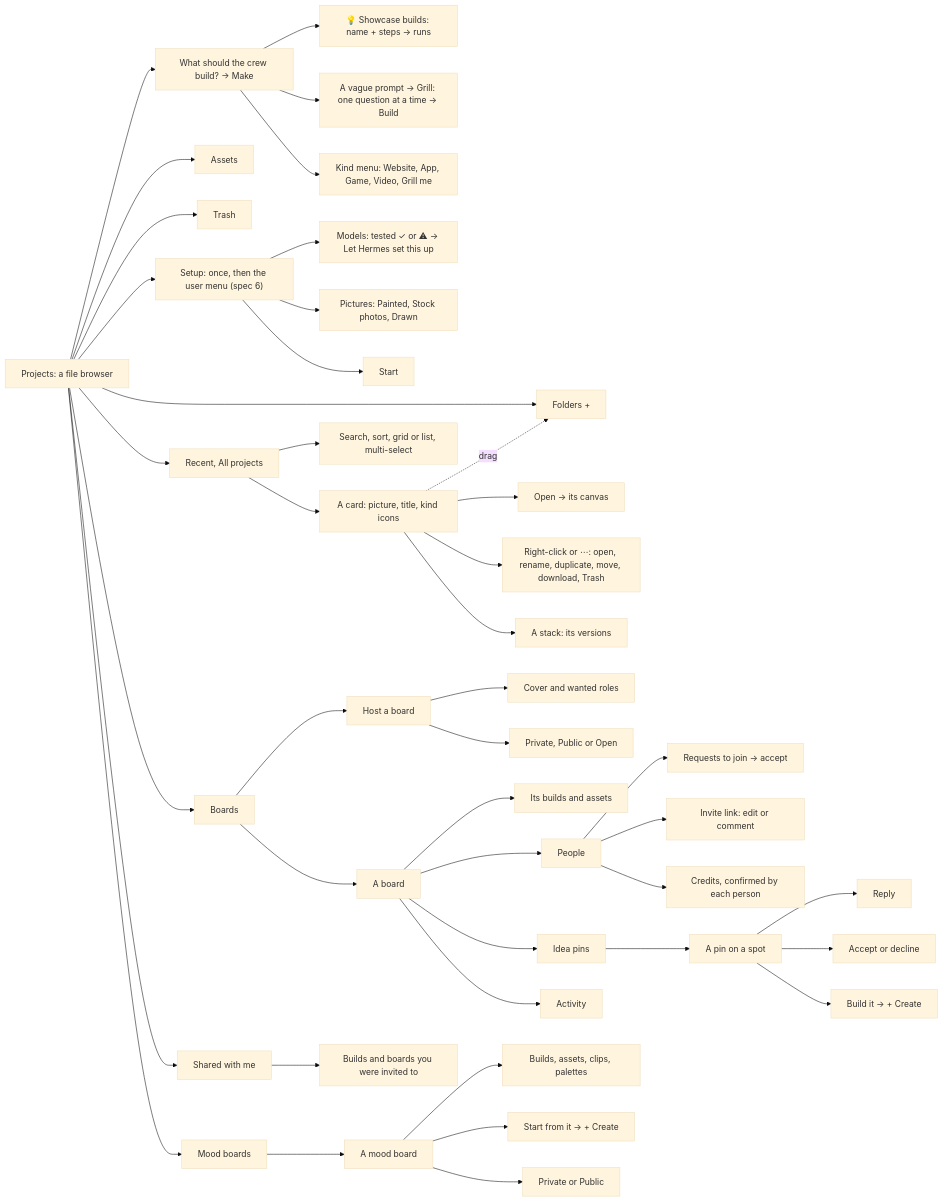
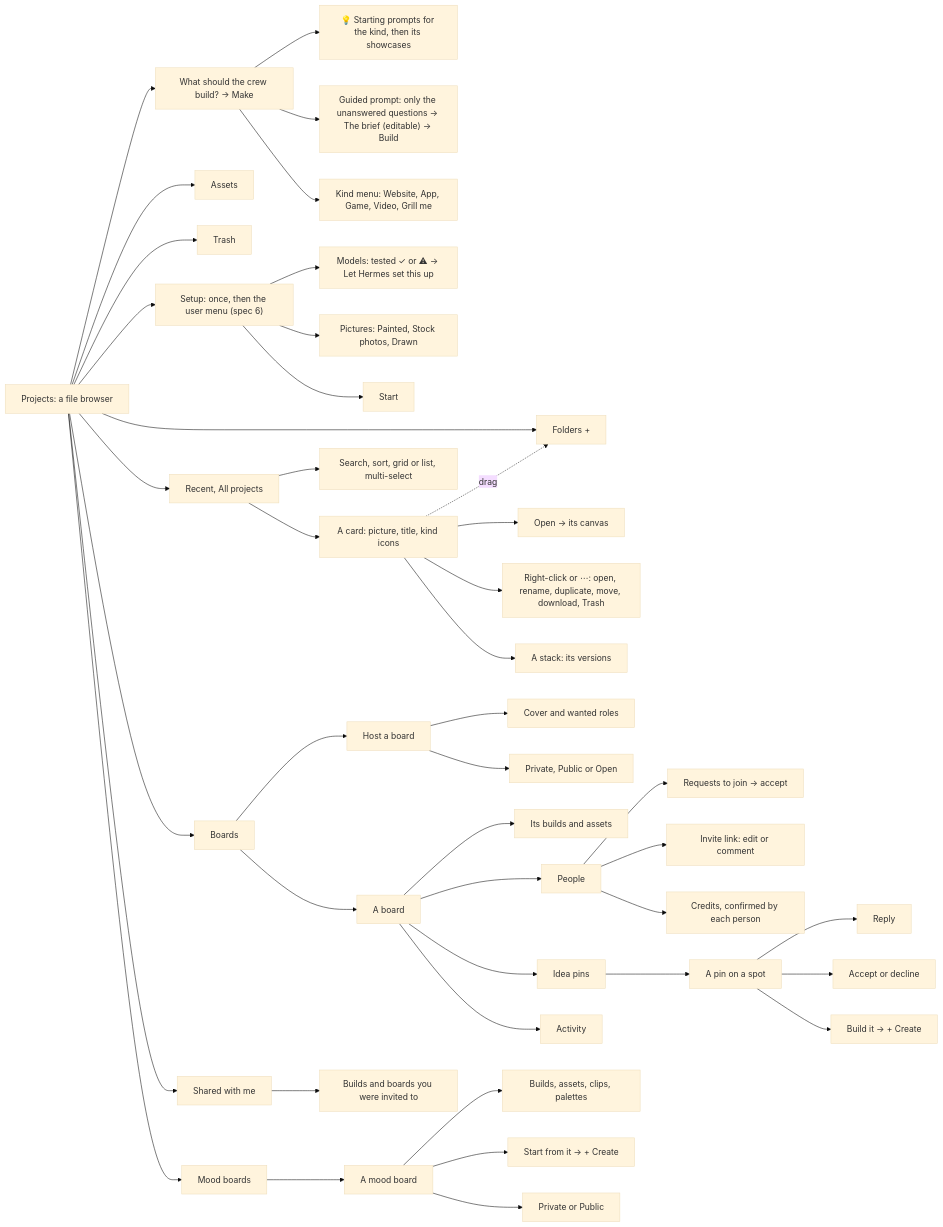
The seventh of 26 diagrams in docs/ux/SITEMAP.md (Pukujan/swarm-studio), drawn with Mermaid (base theme) before and after one commit. The commit also changed 7 other files, not shown here.

First line of the commit message:
Guided prompt: Website, App and Video ask only what the prompt left out, then show the brief

````diff
--- a/docs/ux/SITEMAP.md
+++ b/docs/ux/SITEMAP.md
@@ -193,44 +193,44 @@
 ```mermaid
 flowchart LR
   PROJ[Projects: a file browser] --> MB["Recent, All projects"]
   PROJ --> AS[Assets]
   PROJ --> TR[Trash]
   PROJ --> FO["Folders +"]
   PROJ --> ASK["What should the crew build? → Make"]
-  ASK --> SC["💡 Showcase builds: name + steps → runs"]
-  ASK --> GR["A vague prompt → Grill: one question at a time → Build"]
+  ASK --> SC["💡 Starting prompts for the kind, then its showcases"]
+  ASK --> GR["Guided prompt: only the unanswered questions → The brief (editable) → Build"]
   ASK --> KM["Kind menu: Website, App, Game, Video, Grill me"]
   PROJ --> BD[Boards]
   PROJ --> MO[Mood boards]
   PROJ --> SW[Shared with me]
   PROJ --> SU["Setup: once, then the user menu (spec 6)"]
   SU --> SU1["Models: tested ✓ or ⚠ → Let Hermes set this up"]
   SU --> SU2["Pictures: Painted, Stock photos, Drawn"]
   SU --> SU3[Start]
   MB --> ST["A card: picture, title, kind icons"]
   MB --> MS["Search, sort, grid or list, multi-select"]
   ST --> ORB["Open → its canvas"]
   ST --> RM["Right-click or ⋯: open, rename, duplicate, move, download, Trash"]
   ST --> VS["A stack: its versions"]
   ST -.->|drag| FO
   BD --> BO[A board]
   BD --> BN[Host a board]
   BN --> BN1["Cover and wanted roles"]
   BN --> BN2["Private, Public or Open"]
   BO --> BW["Its builds and assets"]
   BO --> BP[People]
   BO --> BI[Idea pins]
   BO --> BA[Activity]
   BP --> BP1["Requests to join → accept"]
   BP --> BP2["Invite link: edit or comment"]
   BP --> BP3["Credits, confirmed by each person"]
   BI --> PIN[A pin on a spot]
   PIN --> PIN1[Reply]
   PIN --> PIN2[Accept or decline]
   PIN --> PIN3["Build it → + Create"]
   MO --> MOB[A mood board]
   MOB --> MOI["Builds, assets, clips, palettes"]
   MOB --> MOS["Start from it → + Create"]
   MOB --> MOV["Private or Public"]
   SW --> SWB["Builds and boards you were invited to"]
 ```
````
